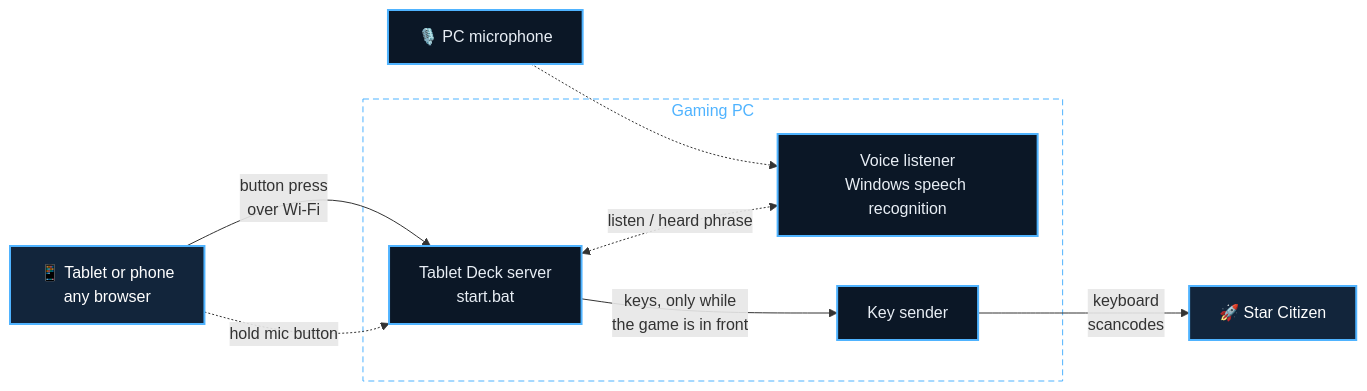
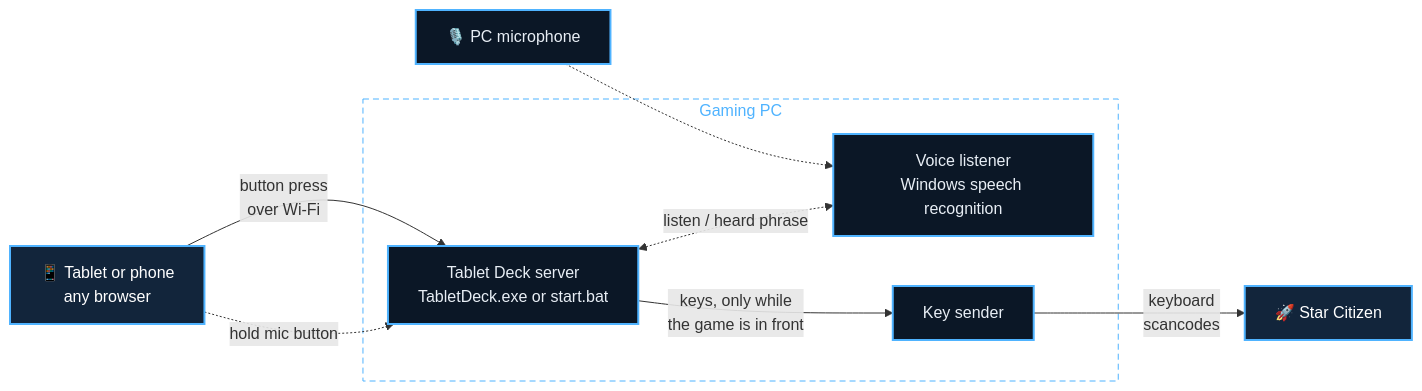
The diagram in README.md (czy198912-ux/tablet-deck), drawn with Mermaid before and after one commit. The commit also changed other lines of this file and 7 other files, not shown here.

````diff
--- a/README.md
+++ b/README.md
@@ -32,24 +72,24 @@
 ```mermaid
 flowchart LR
     tablet["📱 Tablet or phone<br/>any browser"]
     mic["🎙️ PC microphone"]
     subgraph pc["Gaming PC"]
-        server["Tablet Deck server<br/>start.bat"]
+        server["Tablet Deck server<br/>TabletDeck.exe or start.bat"]
         voice["Voice listener<br/>Windows speech recognition"]
         keys["Key sender"]
     end
     game["🚀 Star Citizen"]
 
     tablet -- "button press<br/>over Wi-Fi" --> server
     tablet -. "hold mic button" .-> server
     mic -.-> voice
     server <-. "listen / heard phrase" .-> voice
     server -- "keys, only while<br/>the game is in front" --> keys
     keys -- "keyboard<br/>scancodes" --> game
 
     classDef box fill:#0b1726,stroke:#4fb3ff,stroke-width:2px,color:#e8eef5
     classDef ends fill:#12253b,stroke:#4fb3ff,stroke-width:2px,color:#ffffff
     class server,voice,keys,mic box
     class tablet,game ends
     style pc fill:transparent,stroke:#4fb3ff,stroke-dasharray:6 4,color:#4fb3ff
 ```
````
